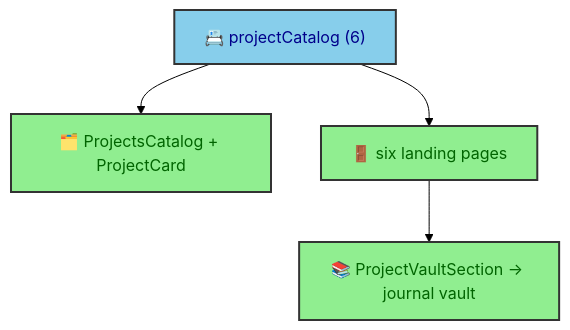
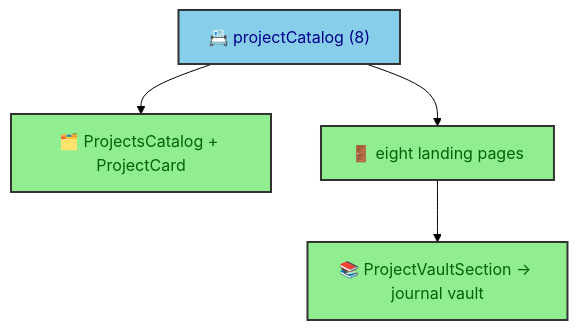
One commit to duranalberto/albertoduran changed the diagram in src/thejournal/building_albertoduran/interface/portfolio_surfaces.mdx. Above: the diagram before and after it, drawn with Mermaid (forest theme). The commit also changed other lines of this file and 38 other files, not shown here.

First line of the commit message:
Add Ravnary and Serverless VOD project pages and resolved Journal links

````diff
--- a/src/thejournal/building_albertoduran/interface/portfolio_surfaces.mdx
+++ b/src/thejournal/building_albertoduran/interface/portfolio_surfaces.mdx
@@ -43,11 +43,11 @@
 ```mermaid
 flowchart TD
-    Cat["📇 projectCatalog (6)"] --> Grid["🗂️ ProjectsCatalog + ProjectCard"]
-    Cat --> Land["🚪 six landing pages"]
+    Cat["📇 projectCatalog (8)"] --> Grid["🗂️ ProjectsCatalog + ProjectCard"]
+    Cat --> Land["🚪 eight landing pages"]
     Land --> Vault["📚 ProjectVaultSection → journal vault"]
 
     classDef a fill:#87CEEB,stroke:#333,stroke-width:2px,color:darkblue
     classDef b fill:#90EE90,stroke:#333,stroke-width:2px,color:darkgreen
     class Cat a
     class Grid,Land,Vault b
 ```
````
